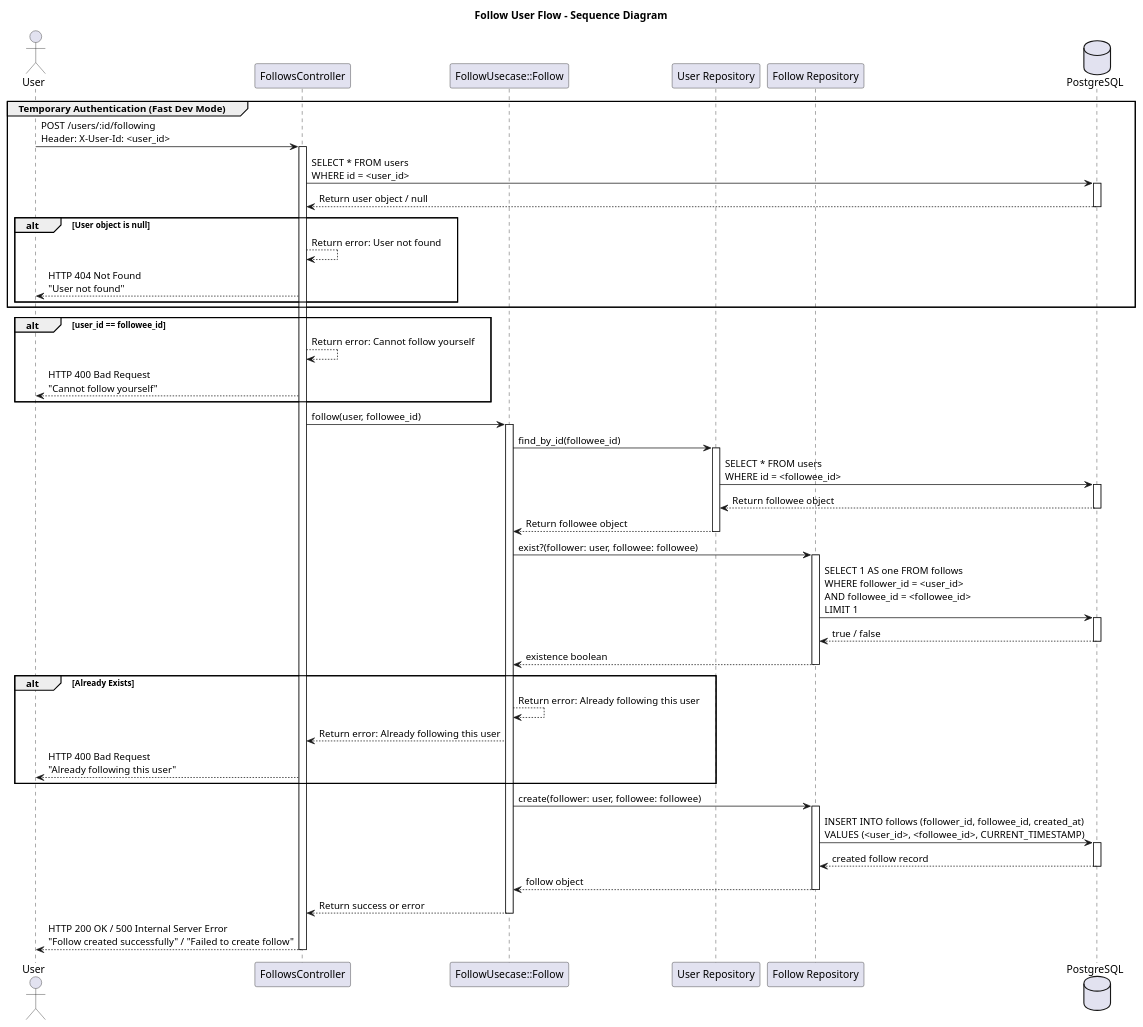
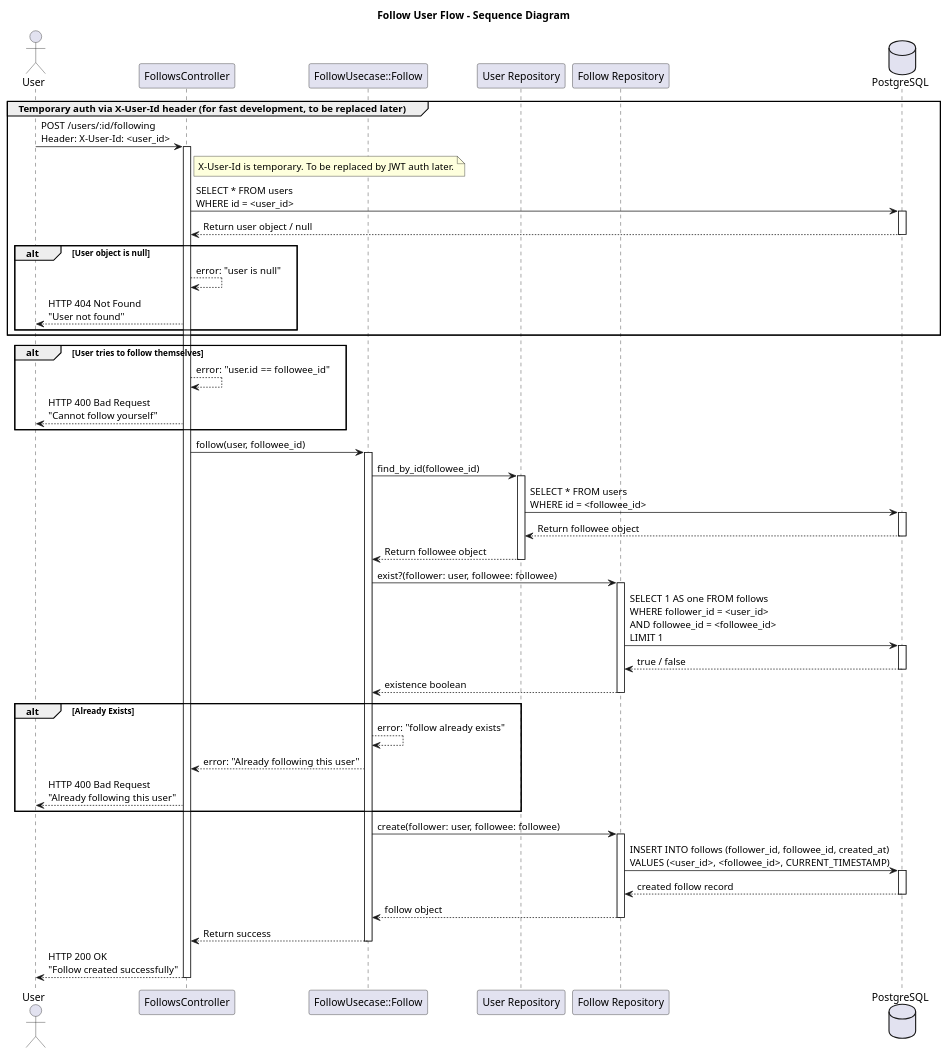
Before and after one commit to wisnuaga/good-night: the diagram in docs/diagram/following.plantuml, drawn with PlantUML.

Commit message:
Reformat following diagram

```diff
--- a/docs/diagram/following.plantuml
+++ b/docs/diagram/following.plantuml
@@ -1,83 +1,87 @@
 @startuml Following
 title Follow User Flow - Sequence Diagram
 
-/' Define actors and components '/
+' Define actors and components
 actor User
 participant "FollowsController" as Controller
 participant "FollowUsecase::Follow" as Usecase
 participant "User Repository" as UserRepository
 participant "Follow Repository" as FollowRepository
 database "PostgreSQL" as DB
 
-/' Temporary auth via X-User-Id header (for fast development, to be replaced later) '/
-group Temporary Authentication (Fast Dev Mode)
+' Temporary auth via X-User-Id header (for fast development, to be replaced later)
+group Temporary auth via X-User-Id header (for fast development, to be replaced later)
     User -> Controller: POST /users/:id/following\nHeader: X-User-Id: <user_id>
     activate Controller
+
+    note right of Controller
+      X-User-Id is temporary. To be replaced by JWT auth later.
+    end note
 
     Controller -> DB: SELECT * FROM users\nWHERE id = <user_id>
     activate DB
     DB --> Controller: Return user object / null
     deactivate DB
 
     alt User object is null
-        Controller --> Controller: Return error: User not found
+        Controller --> Controller: error: "user is null"
         Controller --> User: HTTP 404 Not Found\n"User not found"
     end
 end group
 
-/' Check: Cannot follow yourself '/
-alt user_id == followee_id
-    Controller --> Controller: Return error: Cannot follow yourself
+' Check: Cannot follow yourself
+alt User tries to follow themselves
+    Controller --> Controller: error: "user.id == followee_id"
     Controller --> User: HTTP 400 Bad Request\n"Cannot follow yourself"
 end
 
-/' Controller delegates to usecase with current user and followee_id '/
+' Controller delegates to usecase with current user and followee_id
 Controller -> Usecase: follow(user, followee_id)
 activate Usecase
 
-/' Usecase queries followee existence '/
+' Usecase queries followee existence
 Usecase -> UserRepository: find_by_id(followee_id)
 activate UserRepository
 UserRepository -> DB: SELECT * FROM users\nWHERE id = <followee_id>
 activate DB
 DB --> UserRepository: Return followee object
 deactivate DB
 UserRepository --> Usecase: Return followee object
 deactivate UserRepository
 
-/' Usecase checks if follow relation already exists '/
+' Usecase checks if follow relation already exists
 Usecase -> FollowRepository: exist?(follower: user, followee: followee)
 activate FollowRepository
 FollowRepository -> DB: SELECT 1 AS one FROM follows\nWHERE follower_id = <user_id>\nAND followee_id = <followee_id>\nLIMIT 1
 activate DB
 DB --> FollowRepository: true / false
 deactivate DB
 FollowRepository --> Usecase: existence boolean
 deactivate FollowRepository
 
-/' If follow already exists, return error '/
+' If follow already exists, return error
 alt Already Exists
-    Usecase --> Usecase: Return error: Already following this user
-    Usecase --> Controller: Return error: Already following this user
+    Usecase --> Usecase: error: "follow already exists"
+    Usecase --> Controller: error: "Already following this user"
     Controller --> User: HTTP 400 Bad Request\n"Already following this user"
 end
 
-/' Branch: create new follow record if not already exists '/
+' Branch: create new follow record if not already exists
 Usecase -> FollowRepository: create(follower: user, followee: followee)
 activate FollowRepository
 FollowRepository -> DB: INSERT INTO follows (follower_id, followee_id, created_at)\nVALUES (<user_id>, <followee_id>, CURRENT_TIMESTAMP)
 activate DB
 DB --> FollowRepository: created follow record
 deactivate DB
 FollowRepository --> Usecase: follow object
 deactivate FollowRepository
 
-/' Usecase returns result to controller '/
-Usecase --> Controller: Return success or error
+' Usecase returns result to controller
+Usecase --> Controller: Return success
 deactivate Usecase
 
-/' Final HTTP response to user '/
-Controller --> User: HTTP 200 OK / 500 Internal Server Error\n"Follow created successfully" / "Failed to create follow"
+' Final HTTP response to user
+Controller --> User: HTTP 200 OK\n"Follow created successfully"
 deactivate Controller
 
 @enduml
```
